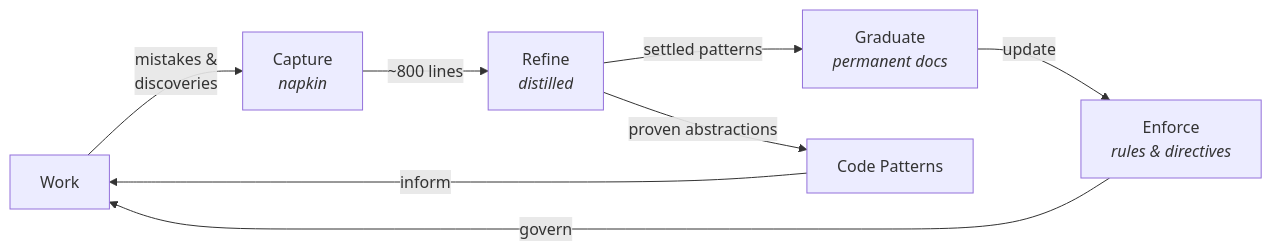
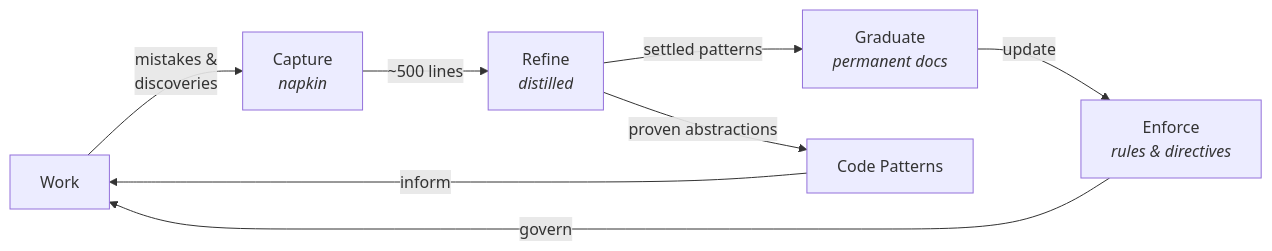
The second of 3 diagrams in .agent/practice-core/practice.md (oaknational/oak-open-curriculum-ecosystem), drawn with Mermaid before and after one commit. The commit also changed other lines of this file and 48 other files, not shown here.

````diff
--- a/.agent/practice-core/practice.md
+++ b/.agent/practice-core/practice.md
@@ -74,10 +95,10 @@
 ```mermaid
 graph LR
     W[Work] -->|"mistakes &<br/>discoveries"| C["Capture<br/><i>napkin</i>"]
-    C -->|"~800 lines"| R["Refine<br/><i>distilled</i>"]
+    C -->|"~500 lines"| R["Refine<br/><i>distilled</i>"]
     R -->|"settled patterns"| G["Graduate<br/><i>permanent docs</i>"]
     R -->|"proven abstractions"| P[Code Patterns]
     G -->|"update"| E["Enforce<br/><i>rules & directives</i>"]
     E -->|"govern"| W
     P -->|"inform"| W
 ```
````
